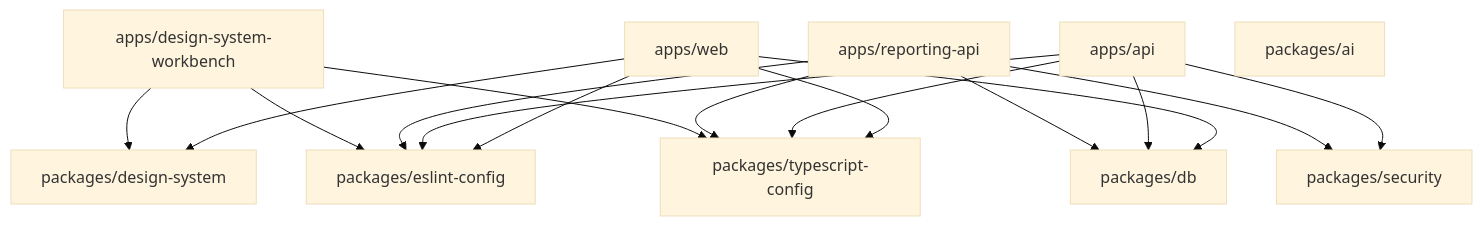
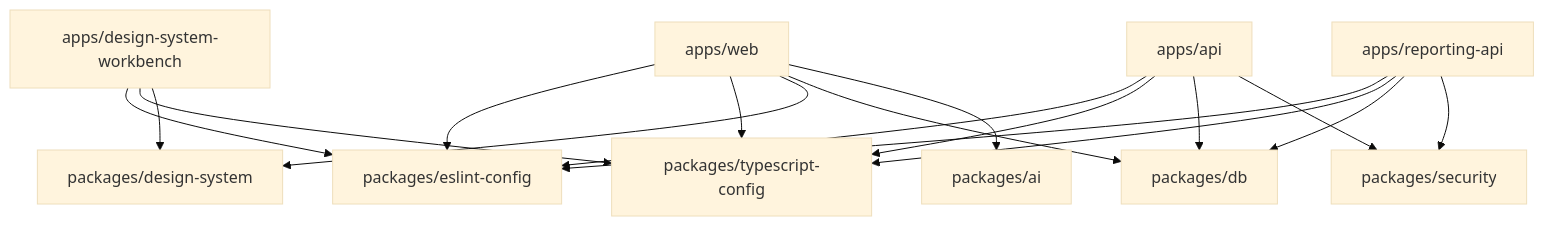
Before and after one commit to hlebtkachenko/analytics: the third of 4 diagrams in ARCHITECTURE.md, drawn with Mermaid (base theme). The commit also changed other lines of this file and 35 other files, not shown here.

````diff
--- a/ARCHITECTURE.md
+++ b/ARCHITECTURE.md
@@ -57,29 +57,30 @@
 ```mermaid
 flowchart TD
   web[apps/web]
   api[apps/api]
   reporting[apps/reporting-api]
   workbench[apps/design-system-workbench]
   design[packages/design-system]
   ai[packages/ai]
   db[packages/db]
   security[packages/security]
   eslint[packages/eslint-config]
   typescript[packages/typescript-config]
 
   web --> eslint
   web --> typescript
   web --> design
   web --> db
+  web --> ai
   api --> eslint
   api --> typescript
   api --> db
   api --> security
   reporting --> eslint
   reporting --> typescript
   reporting --> db
   reporting --> security
   workbench --> eslint
   workbench --> typescript
   workbench --> design
 ```
````
